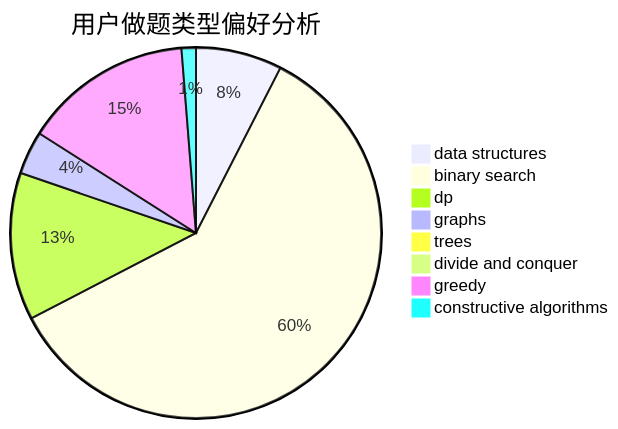
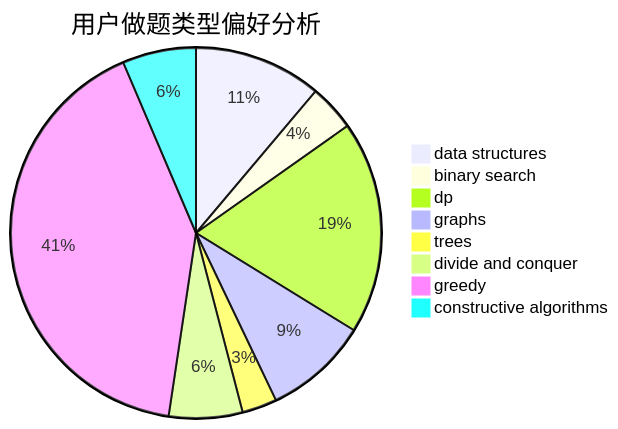
One commit to sherpahu/cfrs.github.io changed the second of 3 diagrams in docs/user/u2557.md. Above: the diagram before and after it, drawn with Mermaid. The commit also changed other lines of this file and 2770 other files, not shown here.

````diff
--- a/docs/user/u2557.md
+++ b/docs/user/u2557.md
@@ -23,11 +23,11 @@
 ```mermaid
 pie title 用户做题类型偏好分析
-    "data structures" :  24
-    "binary search" :  191
-    "dp" :  41
-    "graphs" :  12
-    "trees" :  0
-    "divide and conquer" :  0
-    "greedy" :  47
-    "constructive algorithms" :  4
+    "data structures" :  33
+    "binary search" :  12
+    "dp" :  55
+    "graphs" :  27
+    "trees" :  9
+    "divide and conquer" :  19
+    "greedy" :  122
+    "constructive algorithms" :  19
 ```
````
